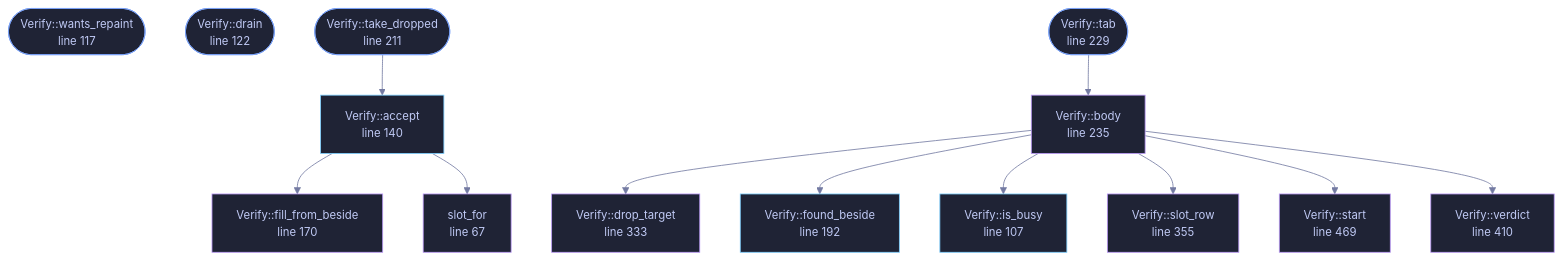
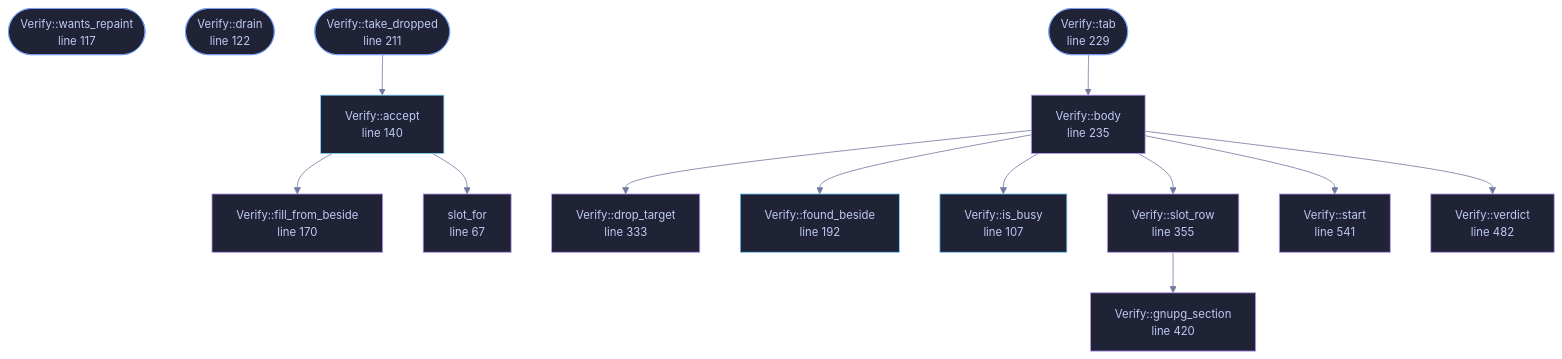
Before and after one commit to tilas01/veilvoice: the diagram in docs/files/veilvoice-gui/verify.md, drawn with Mermaid. The commit also changed other lines of this file and 40 other files, not shown here.

````diff
--- a/docs/files/veilvoice-gui/verify.md
+++ b/docs/files/veilvoice-gui/verify.md
@@ -105,48 +105,51 @@
 ```mermaid
 %%{init: {"theme":"base","themeVariables":{"background":"#1a1b26","primaryColor":"#1f2335","primaryTextColor":"#c0caf5","primaryBorderColor":"#7aa2f7","secondaryColor":"#16161e","tertiaryColor":"#16161e","lineColor":"#737aa2","textColor":"#c0caf5","mainBkg":"#1f2335","nodeBorder":"#7aa2f7","clusterBkg":"#16161e","clusterBorder":"#2f3549","fontFamily":"ui-monospace, SFMono-Regular, Consolas, monospace","fontSize":"14px"}}}%%
 flowchart TD
     n_slot_for["slot_for<br/>line 67"]
     n_is_busy["Verify::is_busy<br/>line 107"]
     n_wants_repaint(["Verify::wants_repaint<br/>line 117"])
     n_drain(["Verify::drain<br/>line 122"])
     n_accept["Verify::accept<br/>line 140"]
     n_fill_from_beside["Verify::fill_from_beside<br/>line 170"]
     n_found_beside["Verify::found_beside<br/>line 192"]
     n_take_dropped(["Verify::take_dropped<br/>line 211"])
     n_tab(["Verify::tab<br/>line 229"])
     n_body["Verify::body<br/>line 235"]
     n_drop_target["Verify::drop_target<br/>line 333"]
     n_slot_row["Verify::slot_row<br/>line 355"]
-    n_verdict["Verify::verdict<br/>line 410"]
-    n_start["Verify::start<br/>line 469"]
+    n_gnupg_section["Verify::gnupg_section<br/>line 420"]
+    n_verdict["Verify::verdict<br/>line 482"]
+    n_start["Verify::start<br/>line 541"]
     n_accept --> n_fill_from_beside
     n_accept --> n_slot_for
     n_body --> n_drop_target
     n_body --> n_found_beside
     n_body --> n_is_busy
     n_body --> n_slot_row
     n_body --> n_start
     n_body --> n_verdict
+    n_slot_row --> n_gnupg_section
     n_tab --> n_body
     n_take_dropped --> n_accept
     click n_slot_for href "https://github.com/tilas01/veilvoice/blob/main/crates/veilvoice-gui/src/verify.rs#L67" "open the source"
     click n_is_busy href "https://github.com/tilas01/veilvoice/blob/main/crates/veilvoice-gui/src/verify.rs#L107" "open the source"
     click n_wants_repaint href "https://github.com/tilas01/veilvoice/blob/main/crates/veilvoice-gui/src/verify.rs#L117" "open the source"
     click n_drain href "https://github.com/tilas01/veilvoice/blob/main/crates/veilvoice-gui/src/verify.rs#L122" "open the source"
     click n_accept href "https://github.com/tilas01/veilvoice/blob/main/crates/veilvoice-gui/src/verify.rs#L140" "open the source"
     click n_fill_from_beside href "https://github.com/tilas01/veilvoice/blob/main/crates/veilvoice-gui/src/verify.rs#L170" "open the source"
     click n_found_beside href "https://github.com/tilas01/veilvoice/blob/main/crates/veilvoice-gui/src/verify.rs#L192" "open the source"
     click n_take_dropped href "https://github.com/tilas01/veilvoice/blob/main/crates/veilvoice-gui/src/verify.rs#L211" "open the source"
     click n_tab href "https://github.com/tilas01/veilvoice/blob/main/crates/veilvoice-gui/src/verify.rs#L229" "open the source"
     click n_body href "https://github.com/tilas01/veilvoice/blob/main/crates/veilvoice-gui/src/verify.rs#L235" "open the source"
     click n_drop_target href "https://github.com/tilas01/veilvoice/blob/main/crates/veilvoice-gui/src/verify.rs#L333" "open the source"
     click n_slot_row href "https://github.com/tilas01/veilvoice/blob/main/crates/veilvoice-gui/src/verify.rs#L355" "open the source"
-    click n_verdict href "https://github.com/tilas01/veilvoice/blob/main/crates/veilvoice-gui/src/verify.rs#L410" "open the source"
-    click n_start href "https://github.com/tilas01/veilvoice/blob/main/crates/veilvoice-gui/src/verify.rs#L469" "open the source"
+    click n_gnupg_section href "https://github.com/tilas01/veilvoice/blob/main/crates/veilvoice-gui/src/verify.rs#L420" "open the source"
+    click n_verdict href "https://github.com/tilas01/veilvoice/blob/main/crates/veilvoice-gui/src/verify.rs#L482" "open the source"
+    click n_start href "https://github.com/tilas01/veilvoice/blob/main/crates/veilvoice-gui/src/verify.rs#L541" "open the source"
     classDef entry fill:#1f2335,stroke:#7aa2f7,color:#c0caf5
     class n_wants_repaint,n_drain,n_take_dropped,n_tab entry
     classDef api fill:#1f2335,stroke:#7dcfff,color:#c0caf5
     class n_is_busy,n_accept,n_found_beside api
     classDef helper fill:#1f2335,stroke:#bb9af7,color:#c0caf5
-    class n_slot_for,n_fill_from_beside,n_body,n_drop_target,n_slot_row,n_verdict,n_start helper
+    class n_slot_for,n_fill_from_beside,n_body,n_drop_target,n_slot_row,n_gnupg_section,n_verdict,n_start helper
 ```
````
